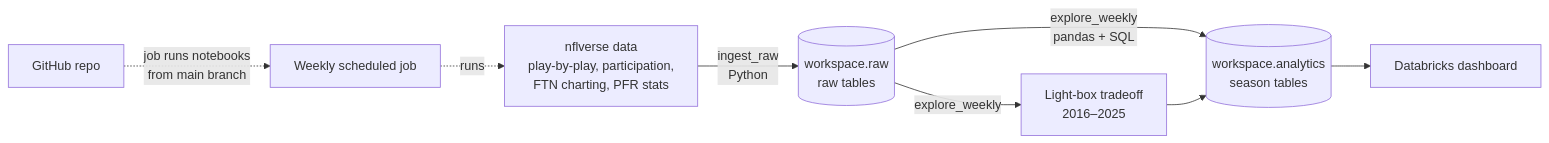
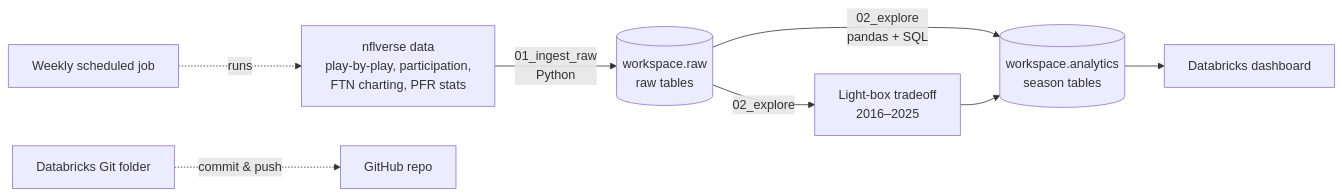
The diagram in README.md (ColeWill10/NFL-Analytics), drawn with Mermaid before and after one commit. The commit also changed other lines of this file, not shown here.

````diff
--- a/README.md
+++ b/README.md
@@ -131,10 +133,10 @@
 ```mermaid
 flowchart LR
-    A[nflverse data<br/>play-by-play, participation,<br/>FTN charting, PFR stats] -->|ingest_raw<br/>Python| B[(workspace.raw<br/>raw tables)]
-    B -->|explore_weekly<br/>pandas + SQL| C[(workspace.analytics<br/>season tables)]
-    B -->|explore_weekly| E[Light-box tradeoff<br/>2016–2025]
+    A[nflverse data<br/>play-by-play, participation,<br/>FTN charting, PFR stats] -->|01_ingest_raw<br/>Python| B[(workspace.raw<br/>raw tables)]
+    B -->|02_explore<br/>pandas + SQL| C[(workspace.analytics<br/>season tables)]
+    B -->|02_explore| E[Light-box tradeoff<br/>2016–2025]
     E --> C
     C --> D[Databricks dashboard]
-    G[GitHub repo] -.->|job runs notebooks<br/>from main branch| F[Weekly scheduled job]
-    F -.->|runs| A
+    F[Weekly scheduled job] -.->|runs| A
+    G[Databricks Git folder] -.->|commit & push| H[GitHub repo]
 ```
````
